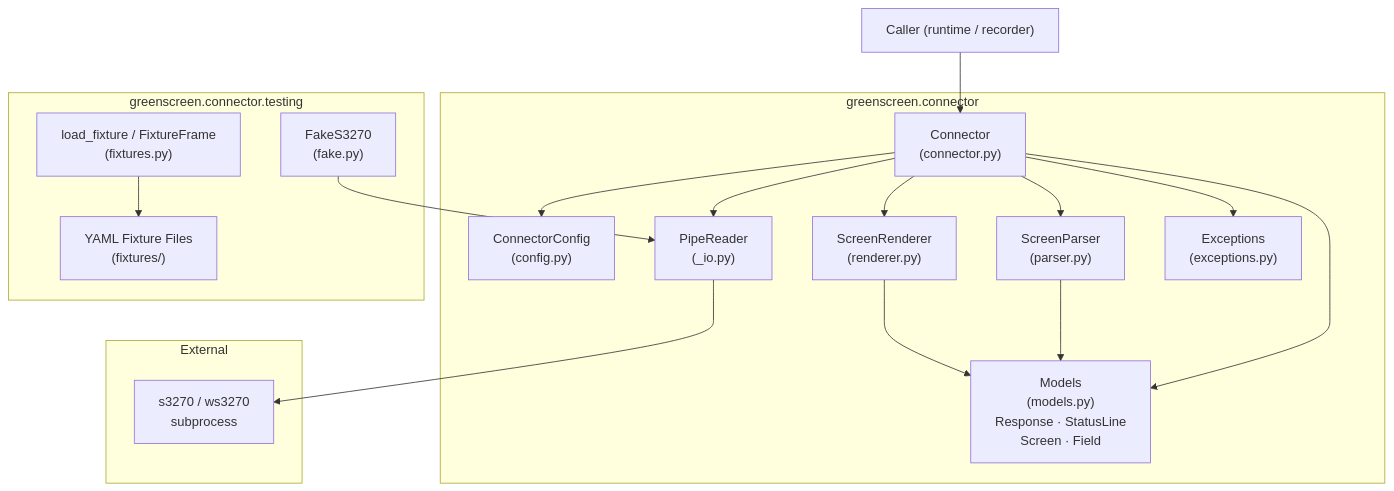
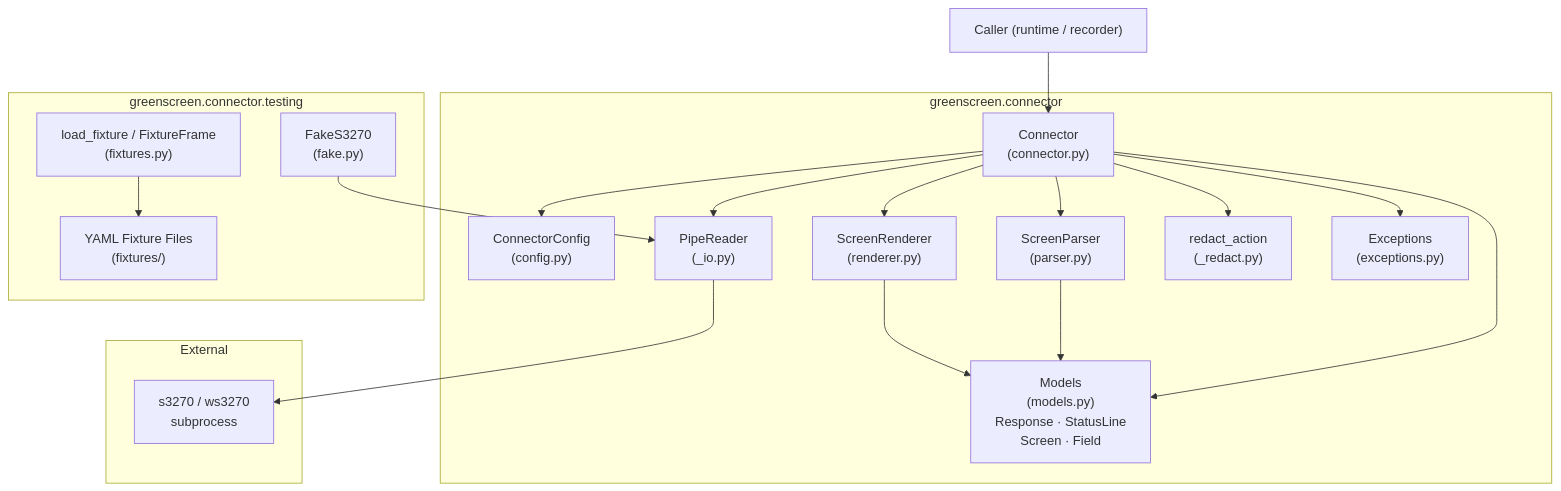
The first of 2 diagrams in .kiro/specs/tn3270-connector/design.md (banksythequantLab/green-screen-medium), drawn with Mermaid before and after one commit. The commit also changed other lines of this file and 66 other files, not shown here.

First line of the commit message:
Flow runtime, connector response redaction, flow unit tests (1 known red test)

````diff
--- a/.kiro/specs/tn3270-connector/design.md
+++ b/.kiro/specs/tn3270-connector/design.md
@@ -22,37 +22,39 @@
 ```mermaid
 graph TD
     Caller["Caller (runtime / recorder)"]
 
     subgraph "greenscreen.connector"
         Connector["Connector\n(connector.py)"]
         Config["ConnectorConfig\n(config.py)"]
         IO["PipeReader\n(_io.py)"]
         Parser["ScreenParser\n(parser.py)"]
         Renderer["ScreenRenderer\n(renderer.py)"]
+        Redact["redact_action\n(_redact.py)"]
         Models["Models\n(models.py)\nResponse · StatusLine\nScreen · Field"]
         Exceptions["Exceptions\n(exceptions.py)"]
     end
 
     subgraph "greenscreen.connector.testing"
         FakeS3270["FakeS3270\n(fake.py)"]
         Fixtures["load_fixture / FixtureFrame\n(fixtures.py)"]
         FixtureFiles["YAML Fixture Files\n(fixtures/)"]
     end
 
     subgraph "External"
         S3270["s3270 / ws3270\nsubprocess"]
     end
 
     Caller --> Connector
     Connector --> Config
     Connector --> IO
     Connector --> Parser
     Connector --> Renderer
+    Connector --> Redact
     Connector --> Models
     Connector --> Exceptions
     IO --> S3270
     Parser --> Models
     Renderer --> Models
     FakeS3270 --> IO
     Fixtures --> FixtureFiles
 ```
````
